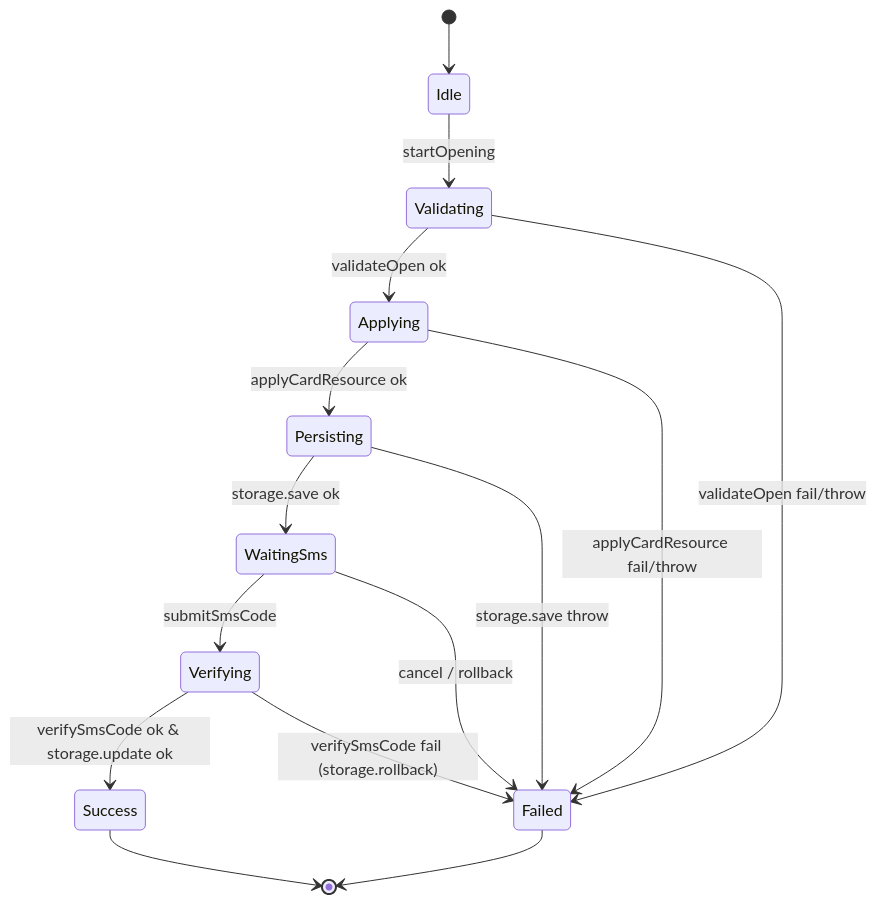
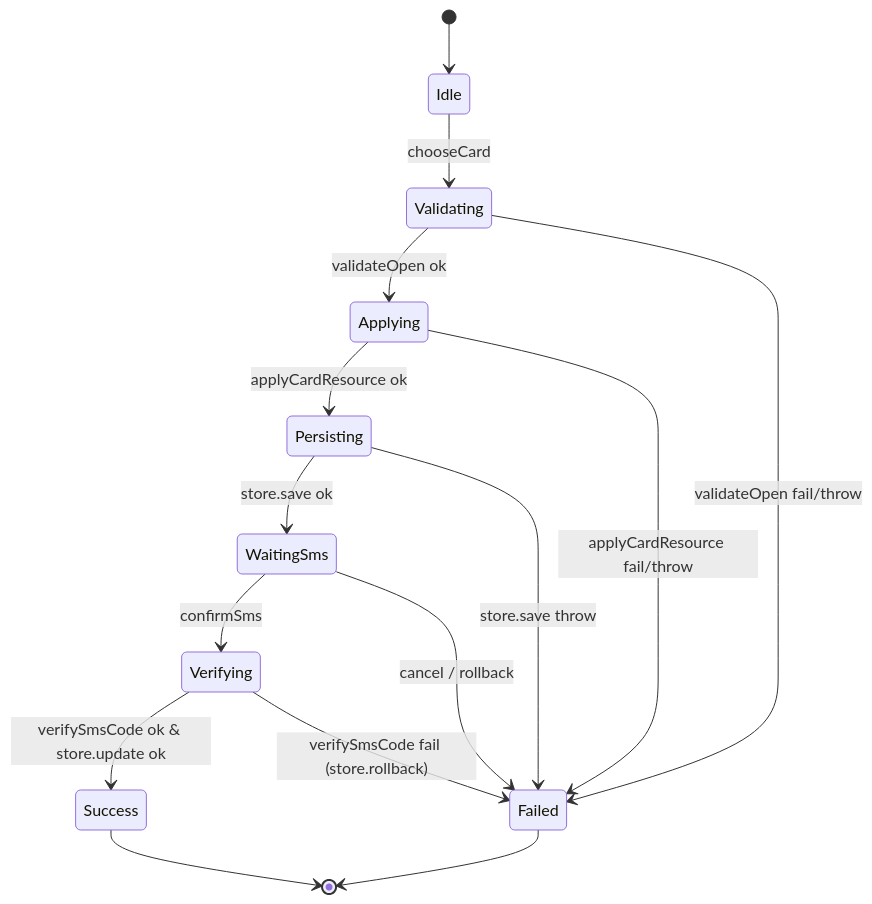
The diagram in framework/skills/5-business-ut/examples/card-opening/design-snippet.md (sqsqsq/SimulatedWalletForHmos), drawn with Mermaid before and after one commit. The commit also changed other lines of this file and 17 other files, not shown here.

````diff
--- a/framework/skills/5-business-ut/examples/card-opening/design-snippet.md
+++ b/framework/skills/5-business-ut/examples/card-opening/design-snippet.md
@@ -20,22 +34,22 @@
 ```mermaid
 stateDiagram-v2
   [*] --> Idle
-  Idle --> Validating: startOpening
+  Idle --> Validating: chooseCard
   Validating --> Applying: validateOpen ok
   Validating --> Failed: validateOpen fail/throw
 
   Applying --> Persisting: applyCardResource ok
   Applying --> Failed: applyCardResource fail/throw
 
-  Persisting --> WaitingSms: storage.save ok
-  Persisting --> Failed: storage.save throw
+  Persisting --> WaitingSms: store.save ok
+  Persisting --> Failed: store.save throw
 
-  WaitingSms --> Verifying: submitSmsCode
+  WaitingSms --> Verifying: confirmSms
   WaitingSms --> Failed: cancel / rollback
 
-  Verifying --> Success: verifySmsCode ok & storage.update ok
-  Verifying --> Failed: verifySmsCode fail (storage.rollback)
+  Verifying --> Success: verifySmsCode ok & store.update ok
+  Verifying --> Failed: verifySmsCode fail (store.rollback)
 
   Success --> [*]
   Failed --> [*]
 ```
````
